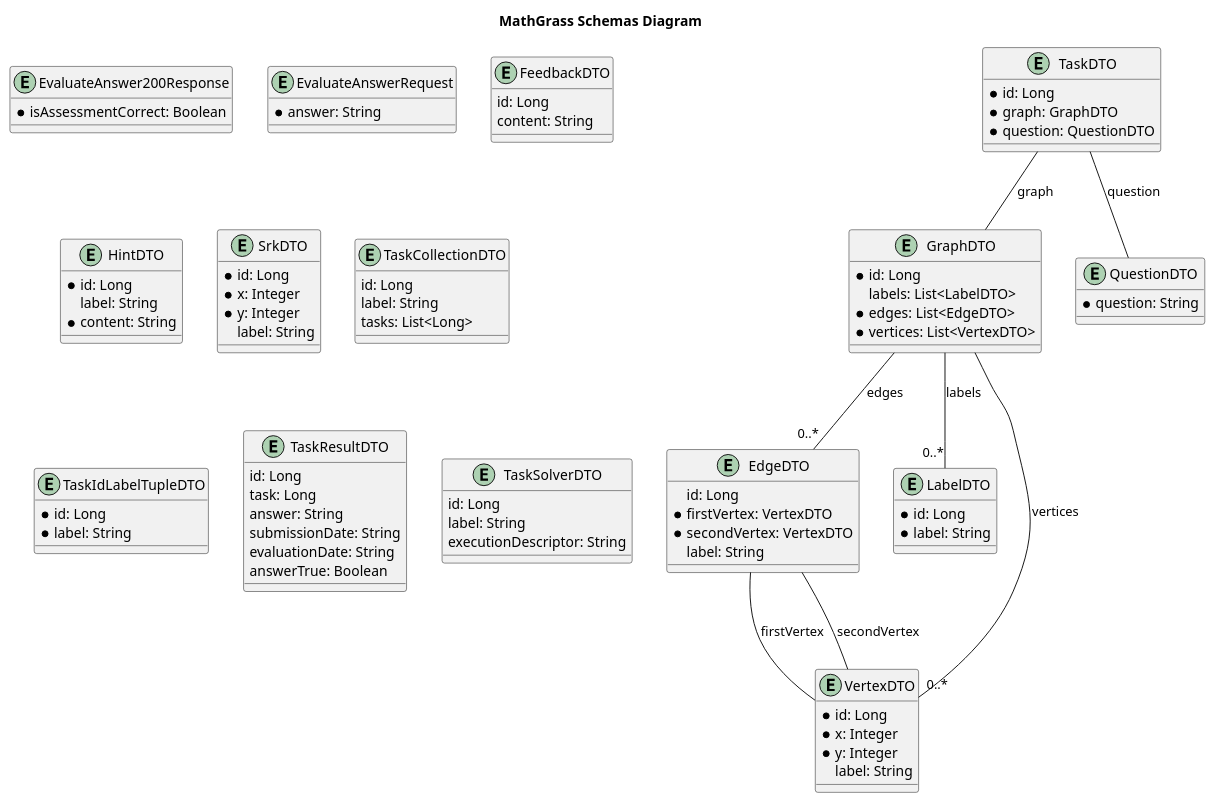
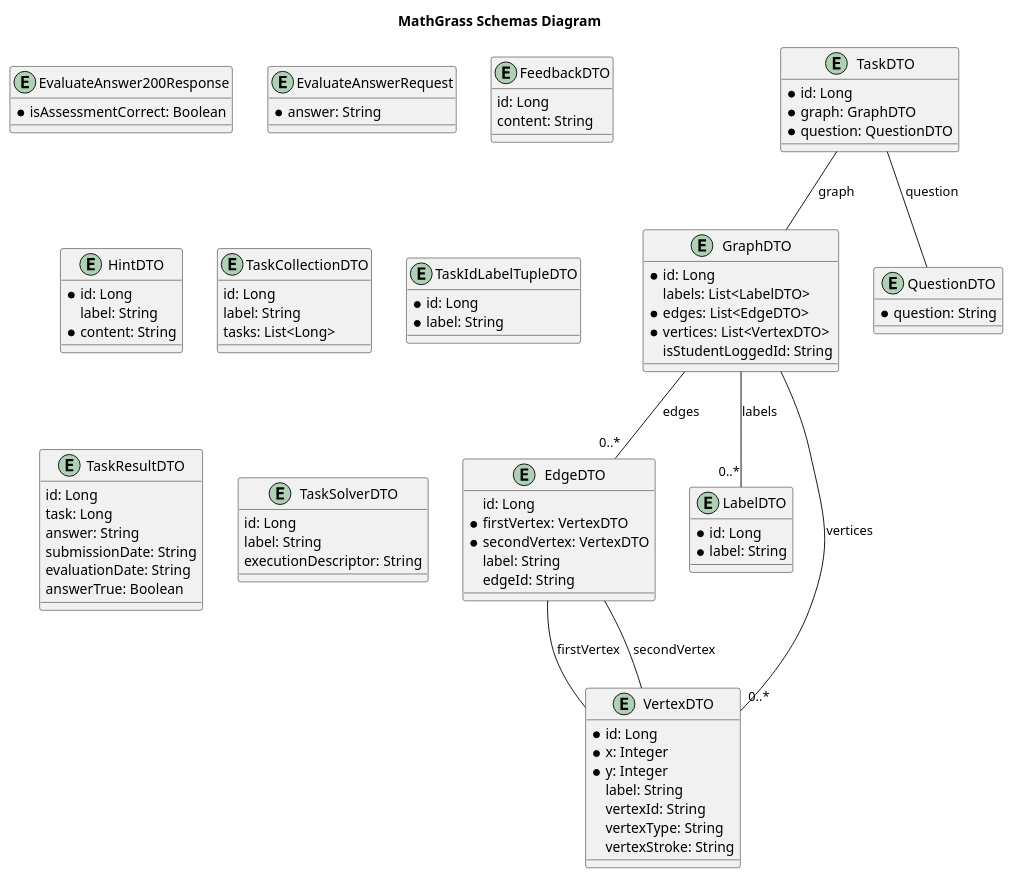
One commit to sreesumi007/backend-dev changed the diagram in openapi-spec/schemas.plantuml. Above: the diagram before and after it, drawn with PlantUML. The commit also changed 9 other files, not shown here.

Commit message:
Changes for Graph save

```diff
--- a/openapi-spec/schemas.plantuml
+++ b/openapi-spec/schemas.plantuml
@@ -1,102 +1,100 @@
 @startuml
 
 title MathGrass Schemas Diagram
 
 entity EdgeDTO {
     id: Long
     * firstVertex: VertexDTO
     * secondVertex: VertexDTO
     label: String
+    edgeId: String
 }
 
 entity EvaluateAnswer200Response {
     * isAssessmentCorrect: Boolean
 }
 
 entity EvaluateAnswerRequest {
     * answer: String
 }
 
 entity FeedbackDTO {
     id: Long
     content: String
 }
 
 entity GraphDTO {
     * id: Long
     labels: List<LabelDTO>
     * edges: List<EdgeDTO>
     * vertices: List<VertexDTO>
+    isStudentLoggedId: String
 }
 
 entity HintDTO {
     * id: Long
     label: String
     * content: String
 }
 
 entity LabelDTO {
     * id: Long
     * label: String
 }
 
 entity QuestionDTO {
     * question: String
-}
-
-entity SrkDTO {
-    * id: Long
-    * x: Integer
-    * y: Integer
-    label: String
 }
 
 entity TaskCollectionDTO {
     id: Long
     label: String
     tasks: List<Long>
 }
 
 entity TaskDTO {
     * id: Long
     * graph: GraphDTO
     * question: QuestionDTO
 }
 
 entity TaskIdLabelTupleDTO {
     * id: Long
     * label: String
 }
 
 entity TaskResultDTO {
     id: Long
     task: Long
     answer: String
     submissionDate: String
     evaluationDate: String
     answerTrue: Boolean
 }
 
 entity TaskSolverDTO {
     id: Long
     label: String
     executionDescriptor: String
 }
 
 entity VertexDTO {
     * id: Long
     * x: Integer
     * y: Integer
     label: String
+    vertexId: String
+    vertexType: String
+    vertexStroke: String
 }
 
 
 GraphDTO -- "0..*" LabelDTO : labels
 GraphDTO -- "0..*" EdgeDTO : edges
 GraphDTO -- "0..*" VertexDTO : vertices
 TaskDTO -- GraphDTO : graph
 TaskDTO -- QuestionDTO : question
 EdgeDTO -- VertexDTO : firstVertex
 EdgeDTO -- VertexDTO : secondVertex
 
 @enduml
```
